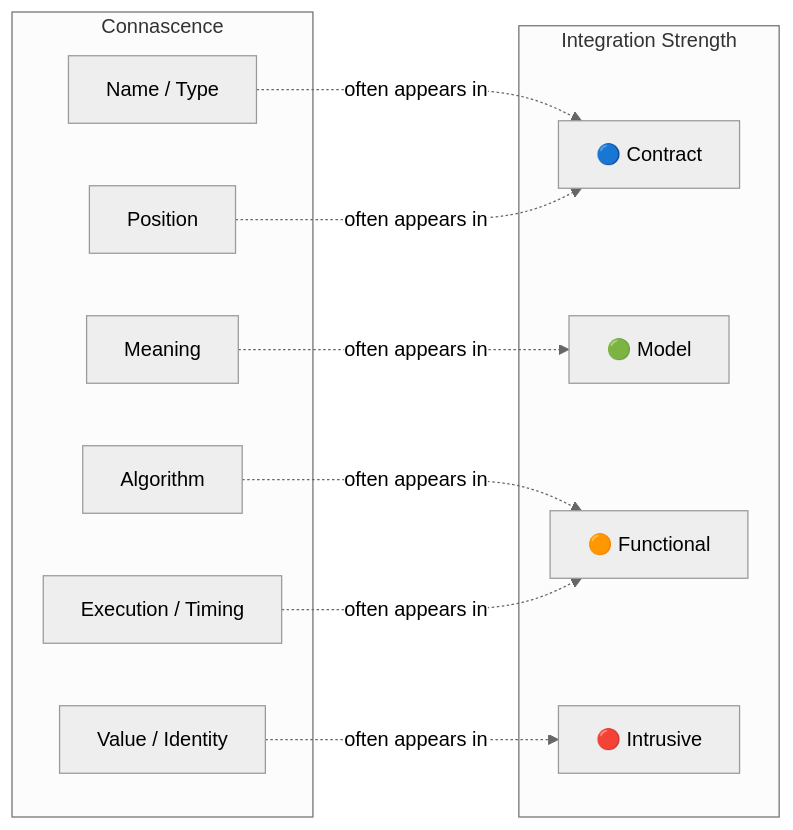
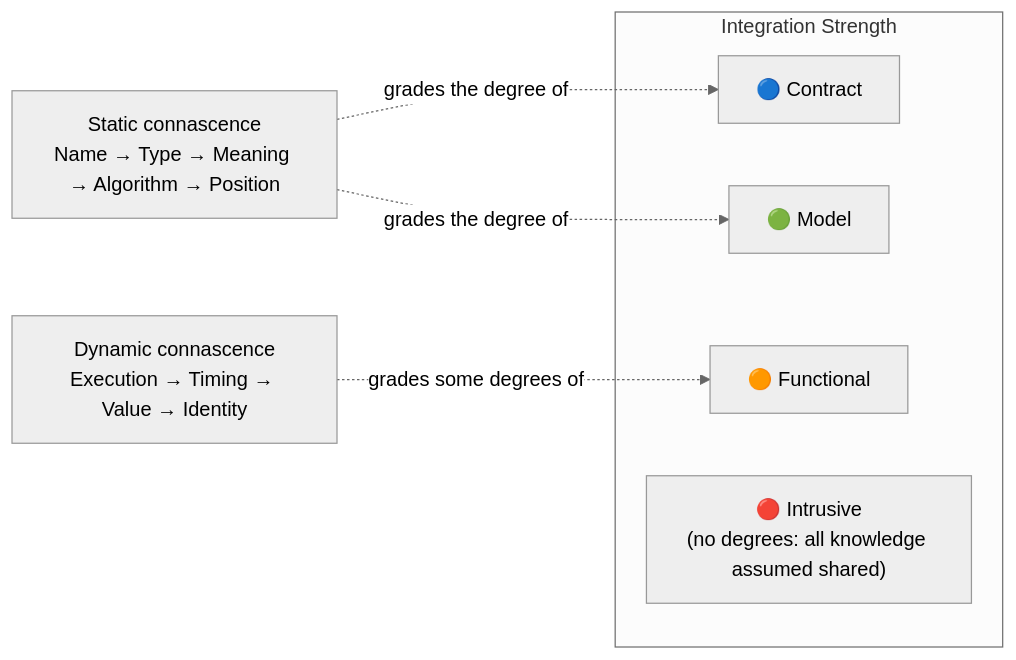
The third of 6 diagrams in README.md (anaerobic/coupling), drawn with Mermaid (neutral theme) before and after one commit. The commit also changed other lines of this file and 8 other files, not shown here.

````diff
--- a/README.md
+++ b/README.md
@@ -201,25 +200,16 @@
 ```mermaid
 flowchart LR
-    subgraph connascence ["Connascence"]
-        CoN["Name / Type"]
-        CoM["Meaning"]
-        CoA["Algorithm"]
-        CoP["Position"]
-        CoE["Execution / Timing"]
-        CoV["Value / Identity"]
-    end
+    Static["Static connascence<br/>Name → Type → Meaning → Algorithm → Position"]
+    Dynamic["Dynamic connascence<br/>Execution → Timing → Value → Identity"]
 
     subgraph strength ["Integration Strength"]
         Contract["🔵 Contract"]
         Model["🟢 Model"]
         Functional["🟠 Functional"]
-        Intrusive["🔴 Intrusive"]
+        Intrusive["🔴 Intrusive<br/>(no degrees: all knowledge assumed shared)"]
     end
 
-    CoN -.->|"often appears in"| Contract
-    CoM -.->|"often appears in"| Model
-    CoA -.->|"often appears in"| Functional
-    CoP -.->|"often appears in"| Contract
-    CoE -.->|"often appears in"| Functional
-    CoV -.->|"often appears in"| Intrusive
+    Static -.->|"grades the degree of"| Contract
+    Static -.->|"grades the degree of"| Model
+    Dynamic -.->|"grades some degrees of"| Functional
 ```
````
